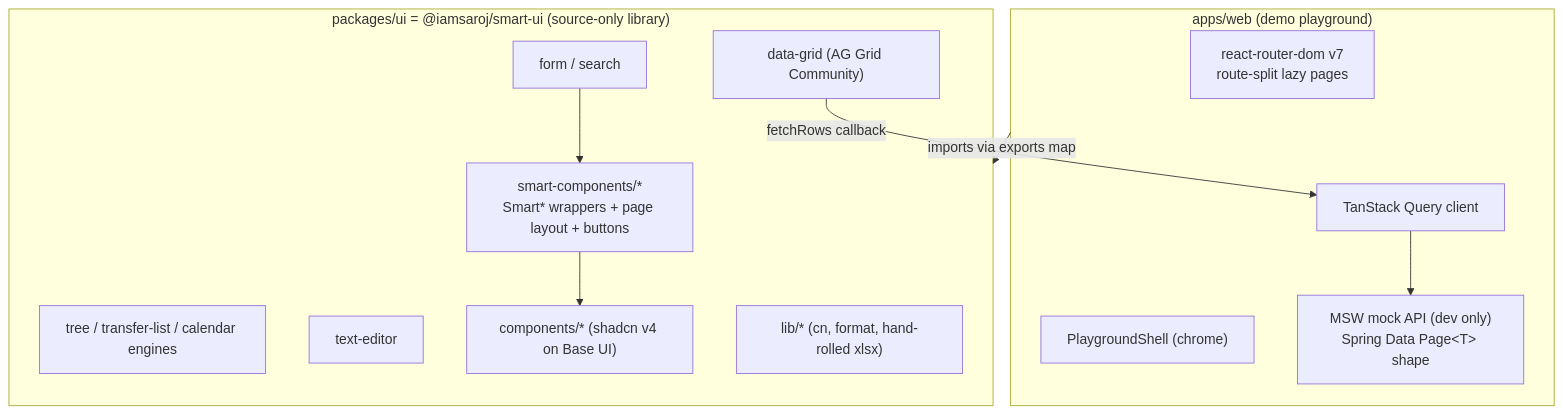
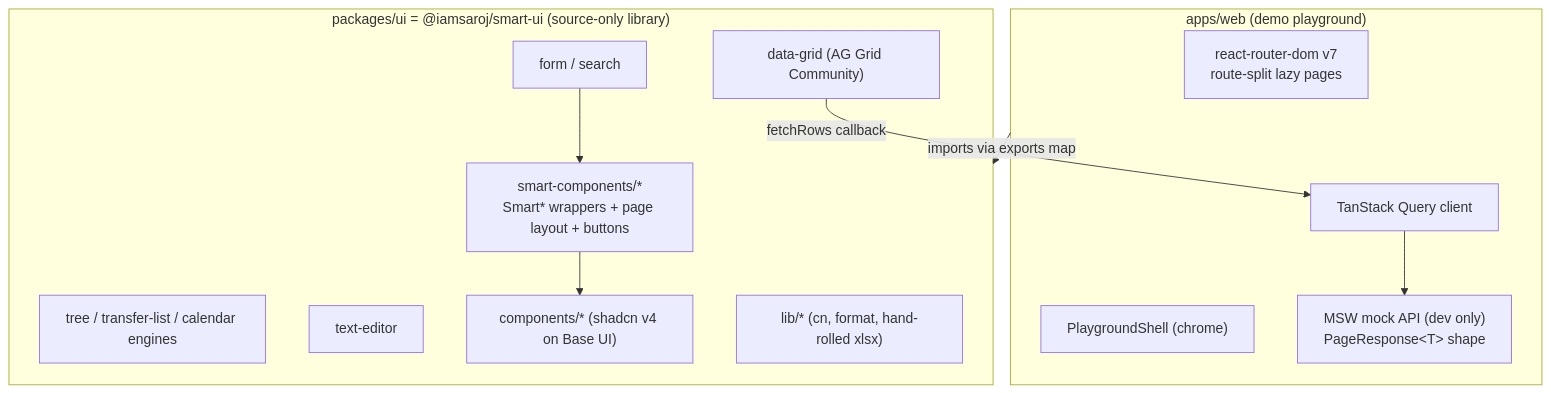
Before and after one commit to imsaroj/automatic-octo-fiesta: the first of 12 diagrams in ARCHITECTURE.md, drawn with Mermaid. The commit also changed other lines of this file and 16 other files, not shown here.

````diff
--- a/ARCHITECTURE.md
+++ b/ARCHITECTURE.md
@@ -33,25 +33,25 @@
 ```mermaid
 flowchart TD
   subgraph app["apps/web (demo playground)"]
     Router["react-router-dom v7<br/>route-split lazy pages"]
     Shell["PlaygroundShell (chrome)"]
     Query["TanStack Query client"]
-    MSW["MSW mock API (dev only)<br/>Spring Data Page&lt;T&gt; shape"]
+    MSW["MSW mock API (dev only)<br/>PageResponse&lt;T&gt; shape"]
   end
 
   subgraph ui["packages/ui = @iamsaroj/smart-ui (source-only library)"]
     Smart["smart-components/*<br/>Smart* wrappers + page layout + buttons"]
     Forms["form / search"]
     Grid["data-grid (AG Grid Community)"]
     Engines["tree / transfer-list / calendar engines"]
     Editor["text-editor"]
     Prim["components/* (shadcn v4 on Base UI)"]
     Lib["lib/* (cn, format, hand-rolled xlsx)"]
   end
 
   app -->|imports via exports map| ui
   Smart --> Prim
   Forms --> Smart
   Grid -->|fetchRows callback| Query
   Query --> MSW
 ```
````
